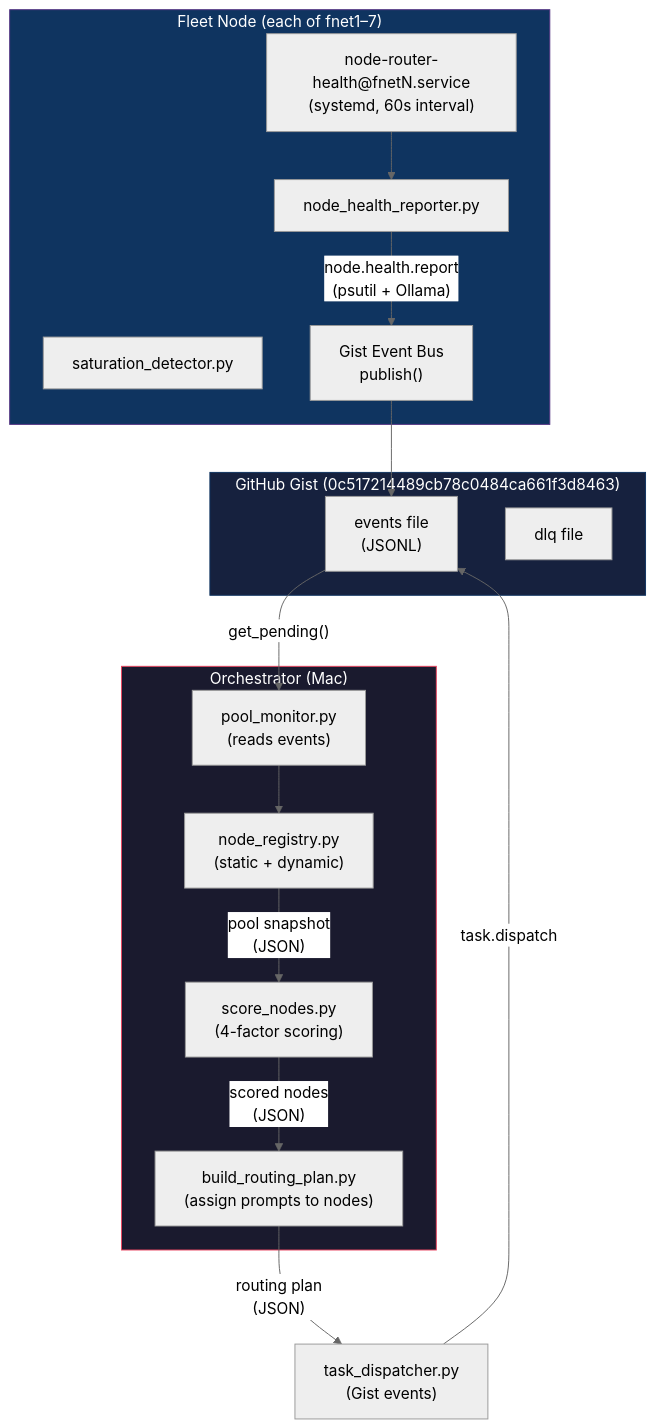
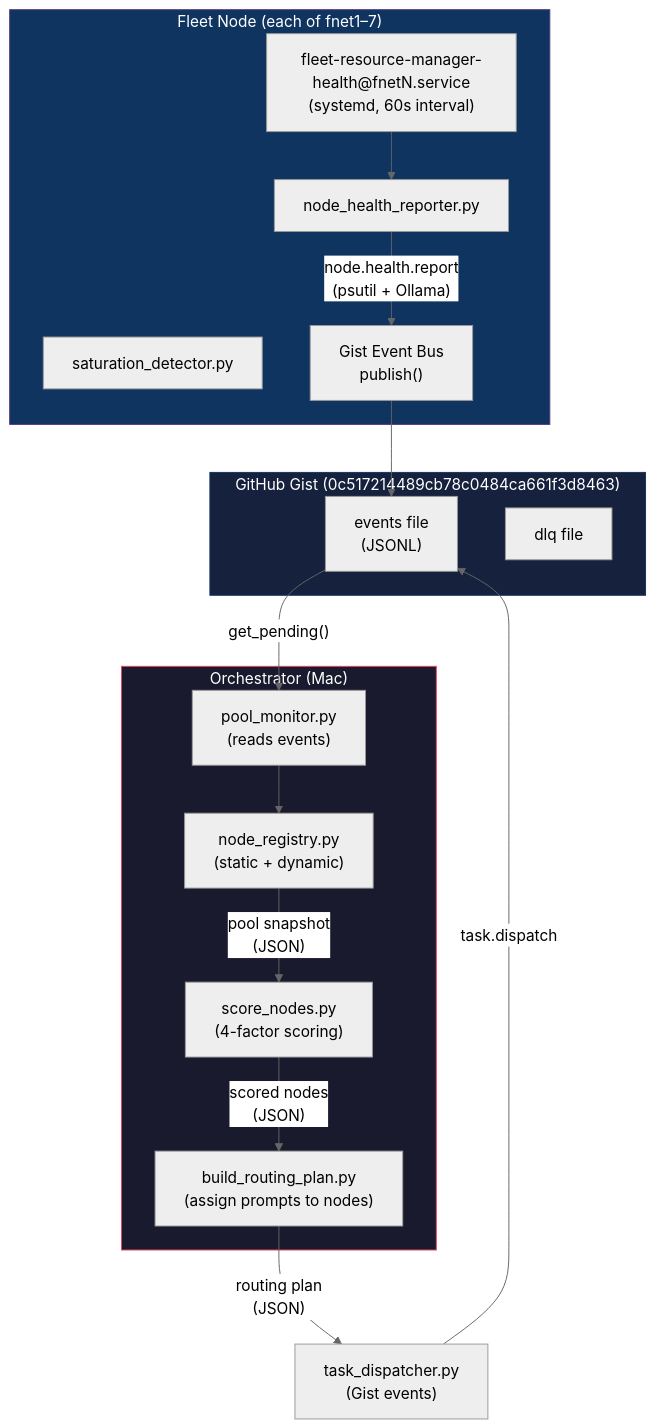
The eighth of 10 diagrams in wiki/pi-a2a-communication/reference/architecture-and-executive-report.md (carlosfrias/pi-a2a-communication), drawn with Mermaid (neutral theme) before and after one commit. The commit also changed other lines of this file and 16 other files, not shown here.

First line of the commit message:
v0.4.0: PiSessionTaskHandler, fleet profiles, A2A playbooks, node-router archived

````diff
--- a/wiki/pi-a2a-communication/reference/architecture-and-executive-report.md
+++ b/wiki/pi-a2a-communication/reference/architecture-and-executive-report.md
@@ -367,36 +367,36 @@
 ```mermaid
 flowchart TB
     subgraph FLEET_NODE["Fleet Node (each of fnet1–7)"]
-        SYSTEMD["node-router-health@fnetN.service<br/>(systemd, 60s interval)"]
+        SYSTEMD["fleet-resource-manager-health@fnetN.service<br/>(systemd, 60s interval)"]
         REPORTER["node_health_reporter.py"]
         SAT["saturation_detector.py"]
         SYSTEMD --> REPORTER
         REPORTER -->|"node.health.report<br/>(psutil + Ollama)"| GIST_PUSH
     end
 
     subgraph GIST["GitHub Gist (0c517214489cb78c0484ca661f3d8463)"]
         EVENTS_FILE["events file<br/>(JSONL)"]
         DLQ_FILE["dlq file"]
     end
 
     GIST_PUSH["Gist Event Bus<br/>publish()"] --> EVENTS_FILE
 
     subgraph ORCH["Orchestrator (Mac)"]
         PM["pool_monitor.py<br/>(reads events)"]
         NR["node_registry.py<br/>(static + dynamic)"]
         SN["score_nodes.py<br/>(4-factor scoring)"]
         BRP["build_routing_plan.py<br/>(assign prompts to nodes)"]
     end
 
     EVENTS_FILE -->|"get_pending()"| PM
     PM --> NR
     NR -->|"pool snapshot<br/>(JSON)"| SN
     SN -->|"scored nodes<br/>(JSON)"| BRP
     BRP -->|"routing plan<br/>(JSON)"| TASK_DISPATCH
 
     TASK_DISPATCH["task_dispatcher.py<br/>(Gist events)"] -->|"task.dispatch"| EVENTS_FILE
 
     style FLEET_NODE fill:#0f3460,stroke:#533483,color:#fff
     style GIST fill:#16213e,stroke:#0f3460,color:#fff
     style ORCH fill:#1a1a2e,stroke:#e94560,color:#fff
 ```
````
